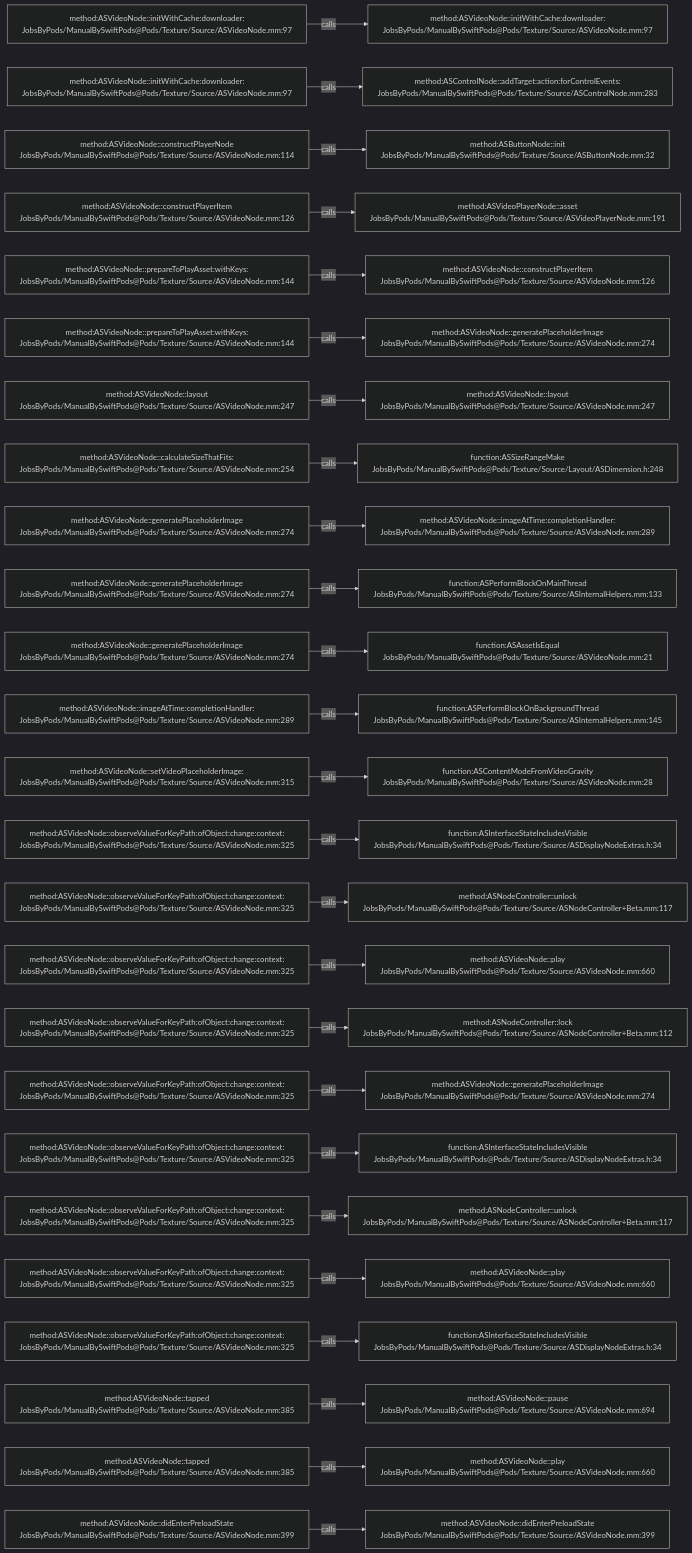
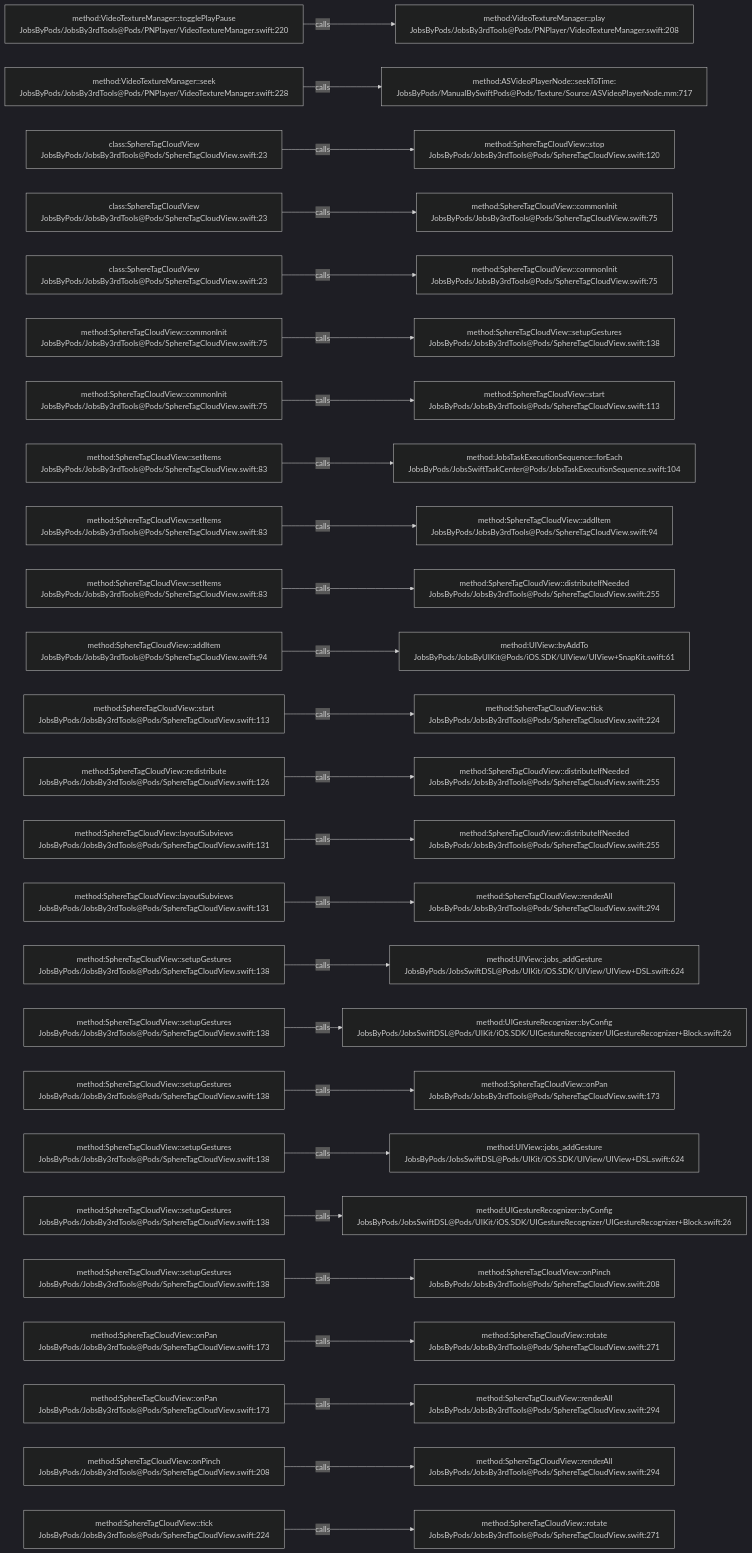
One commit to JobsKits/JobsSwiftBaseConfigDemo changed the diagram in .codegraph/codegraph.md/graphs/calls-074.md. Above: the diagram before and after it, drawn with Mermaid (dark theme). The commit also changed 224 other files, not shown here.

````diff
--- a/.codegraph/codegraph.md/graphs/calls-074.md
+++ b/.codegraph/codegraph.md/graphs/calls-074.md
@@ -13,78 +13,78 @@
 ```mermaid
 flowchart LR
-  S1["method:ASVideoNode::initWithCache:downloader:<br/>JobsByPods/ManualBySwiftPods@Pods/Texture/Source/ASVideoNode.mm:97"]
-  T1["method:ASVideoNode::initWithCache:downloader:<br/>JobsByPods/ManualBySwiftPods@Pods/Texture/Source/ASVideoNode.mm:97"]
+  S1["method:VideoTextureManager::togglePlayPause<br/>JobsByPods/JobsBy3rdTools@Pods/PNPlayer/VideoTextureManager.swift:220"]
+  T1["method:VideoTextureManager::play<br/>JobsByPods/JobsBy3rdTools@Pods/PNPlayer/VideoTextureManager.swift:208"]
   S1 -->|calls| T1
-  S2["method:ASVideoNode::initWithCache:downloader:<br/>JobsByPods/ManualBySwiftPods@Pods/Texture/Source/ASVideoNode.mm:97"]
-  T2["method:ASControlNode::addTarget:action:forControlEvents:<br/>JobsByPods/ManualBySwiftPods@Pods/Texture/Source/ASControlNode.mm:283"]
+  S2["method:VideoTextureManager::seek<br/>JobsByPods/JobsBy3rdTools@Pods/PNPlayer/VideoTextureManager.swift:228"]
+  T2["method:ASVideoPlayerNode::seekToTime:<br/>JobsByPods/ManualBySwiftPods@Pods/Texture/Source/ASVideoPlayerNode.mm:717"]
   S2 -->|calls| T2
-  S3["method:ASVideoNode::constructPlayerNode<br/>JobsByPods/ManualBySwiftPods@Pods/Texture/Source/ASVideoNode.mm:114"]
-  T3["method:ASButtonNode::init<br/>JobsByPods/ManualBySwiftPods@Pods/Texture/Source/ASButtonNode.mm:32"]
+  S3["class:SphereTagCloudView<br/>JobsByPods/JobsBy3rdTools@Pods/SphereTagCloudView.swift:23"]
+  T3["method:SphereTagCloudView::stop<br/>JobsByPods/JobsBy3rdTools@Pods/SphereTagCloudView.swift:120"]
   S3 -->|calls| T3
-  S4["method:ASVideoNode::constructPlayerItem<br/>JobsByPods/ManualBySwiftPods@Pods/Texture/Source/ASVideoNode.mm:126"]
-  T4["method:ASVideoPlayerNode::asset<br/>JobsByPods/ManualBySwiftPods@Pods/Texture/Source/ASVideoPlayerNode.mm:191"]
+  S4["class:SphereTagCloudView<br/>JobsByPods/JobsBy3rdTools@Pods/SphereTagCloudView.swift:23"]
+  T4["method:SphereTagCloudView::commonInit<br/>JobsByPods/JobsBy3rdTools@Pods/SphereTagCloudView.swift:75"]
   S4 -->|calls| T4
-  S5["method:ASVideoNode::prepareToPlayAsset:withKeys:<br/>JobsByPods/ManualBySwiftPods@Pods/Texture/Source/ASVideoNode.mm:144"]
-  T5["method:ASVideoNode::constructPlayerItem<br/>JobsByPods/ManualBySwiftPods@Pods/Texture/Source/ASVideoNode.mm:126"]
+  S5["class:SphereTagCloudView<br/>JobsByPods/JobsBy3rdTools@Pods/SphereTagCloudView.swift:23"]
+  T5["method:SphereTagCloudView::commonInit<br/>JobsByPods/JobsBy3rdTools@Pods/SphereTagCloudView.swift:75"]
   S5 -->|calls| T5
-  S6["method:ASVideoNode::prepareToPlayAsset:withKeys:<br/>JobsByPods/ManualBySwiftPods@Pods/Texture/Source/ASVideoNode.mm:144"]
-  T6["method:ASVideoNode::generatePlaceholderImage<br/>JobsByPods/ManualBySwiftPods@Pods/Texture/Source/ASVideoNode.mm:274"]
+  S6["method:SphereTagCloudView::commonInit<br/>JobsByPods/JobsBy3rdTools@Pods/SphereTagCloudView.swift:75"]
+  T6["method:SphereTagCloudView::setupGestures<br/>JobsByPods/JobsBy3rdTools@Pods/SphereTagCloudView.swift:138"]
   S6 -->|calls| T6
-  S7["method:ASVideoNode::layout<br/>JobsByPods/ManualBySwiftPods@Pods/Texture/Source/ASVideoNode.mm:247"]
-  T7["method:ASVideoNode::layout<br/>JobsByPods/ManualBySwiftPods@Pods/Texture/Source/ASVideoNode.mm:247"]
+  S7["method:SphereTagCloudView::commonInit<br/>JobsByPods/JobsBy3rdTools@Pods/SphereTagCloudView.swift:75"]
+  T7["method:SphereTagCloudView::start<br/>JobsByPods/JobsBy3rdTools@Pods/SphereTagCloudView.swift:113"]
   S7 -->|calls| T7
-  S8["method:ASVideoNode::calculateSizeThatFits:<br/>JobsByPods/ManualBySwiftPods@Pods/Texture/Source/ASVideoNode.mm:254"]
-  T8["function:ASSizeRangeMake<br/>JobsByPods/ManualBySwiftPods@Pods/Texture/Source/Layout/ASDimension.h:248"]
+  S8["method:SphereTagCloudView::setItems<br/>JobsByPods/JobsBy3rdTools@Pods/SphereTagCloudView.swift:83"]
+  T8["method:JobsTaskExecutionSequence::forEach<br/>JobsByPods/JobsSwiftTaskCenter@Pods/JobsTaskExecutionSequence.swift:104"]
   S8 -->|calls| T8
-  S9["method:ASVideoNode::generatePlaceholderImage<br/>JobsByPods/ManualBySwiftPods@Pods/Texture/Source/ASVideoNode.mm:274"]
-  T9["method:ASVideoNode::imageAtTime:completionHandler:<br/>JobsByPods/ManualBySwiftPods@Pods/Texture/Source/ASVideoNode.mm:289"]
+  S9["method:SphereTagCloudView::setItems<br/>JobsByPods/JobsBy3rdTools@Pods/SphereTagCloudView.swift:83"]
+  T9["method:SphereTagCloudView::addItem<br/>JobsByPods/JobsBy3rdTools@Pods/SphereTagCloudView.swift:94"]
   S9 -->|calls| T9
-  S10["method:ASVideoNode::generatePlaceholderImage<br/>JobsByPods/ManualBySwiftPods@Pods/Texture/Source/ASVideoNode.mm:274"]
-  T10["function:ASPerformBlockOnMainThread<br/>JobsByPods/ManualBySwiftPods@Pods/Texture/Source/ASInternalHelpers.mm:133"]
+  S10["method:SphereTagCloudView::setItems<br/>JobsByPods/JobsBy3rdTools@Pods/SphereTagCloudView.swift:83"]
+  T10["method:SphereTagCloudView::distributeIfNeeded<br/>JobsByPods/JobsBy3rdTools@Pods/SphereTagCloudView.swift:255"]
   S10 -->|calls| T10
-  S11["method:ASVideoNode::generatePlaceholderImage<br/>JobsByPods/ManualBySwiftPods@Pods/Texture/Source/ASVideoNode.mm:274"]
-  T11["function:ASAssetIsEqual<br/>JobsByPods/ManualBySwiftPods@Pods/Texture/Source/ASVideoNode.mm:21"]
+  S11["method:SphereTagCloudView::addItem<br/>JobsByPods/JobsBy3rdTools@Pods/SphereTagCloudView.swift:94"]
+  T11["method:UIView::byAddTo<br/>JobsByPods/JobsByUIKit@Pods/iOS.SDK/UIView/UIView+SnapKit.swift:61"]
   S11 -->|calls| T11
-  S12["method:ASVideoNode::imageAtTime:completionHandler:<br/>JobsByPods/ManualBySwiftPods@Pods/Texture/Source/ASVideoNode.mm:289"]
-  T12["function:ASPerformBlockOnBackgroundThread<br/>JobsByPods/ManualBySwiftPods@Pods/Texture/Source/ASInternalHelpers.mm:145"]
+  S12["method:SphereTagCloudView::start<br/>JobsByPods/JobsBy3rdTools@Pods/SphereTagCloudView.swift:113"]
+  T12["method:SphereTagCloudView::tick<br/>JobsByPods/JobsBy3rdTools@Pods/SphereTagCloudView.swift:224"]
   S12 -->|calls| T12
-  S13["method:ASVideoNode::setVideoPlaceholderImage:<br/>JobsByPods/ManualBySwiftPods@Pods/Texture/Source/ASVideoNode.mm:315"]
-  T13["function:ASContentModeFromVideoGravity<br/>JobsByPods/ManualBySwiftPods@Pods/Texture/Source/ASVideoNode.mm:28"]
+  S13["method:SphereTagCloudView::redistribute<br/>JobsByPods/JobsBy3rdTools@Pods/SphereTagCloudView.swift:126"]
+  T13["method:SphereTagCloudView::distributeIfNeeded<br/>JobsByPods/JobsBy3rdTools@Pods/SphereTagCloudView.swift:255"]
   S13 -->|calls| T13
-  S14["method:ASVideoNode::observeValueForKeyPath:ofObject:change:context:<br/>JobsByPods/ManualBySwiftPods@Pods/Texture/Source/ASVideoNode.mm:325"]
-  T14["function:ASInterfaceStateIncludesVisible<br/>JobsByPods/ManualBySwiftPods@Pods/Texture/Source/ASDisplayNodeExtras.h:34"]
+  S14["method:SphereTagCloudView::layoutSubviews<br/>JobsByPods/JobsBy3rdTools@Pods/SphereTagCloudView.swift:131"]
+  T14["method:SphereTagCloudView::distributeIfNeeded<br/>JobsByPods/JobsBy3rdTools@Pods/SphereTagCloudView.swift:255"]
   S14 -->|calls| T14
-  S15["method:ASVideoNode::observeValueForKeyPath:ofObject:change:context:<br/>JobsByPods/ManualBySwiftPods@Pods/Texture/Source/ASVideoNode.mm:325"]
-  T15["method:ASNodeController::unlock<br/>JobsByPods/ManualBySwiftPods@Pods/Texture/Source/ASNodeController+Beta.mm:117"]
+  S15["method:SphereTagCloudView::layoutSubviews<br/>JobsByPods/JobsBy3rdTools@Pods/SphereTagCloudView.swift:131"]
+  T15["method:SphereTagCloudView::renderAll<br/>JobsByPods/JobsBy3rdTools@Pods/SphereTagCloudView.swift:294"]
   S15 -->|calls| T15
-  S16["method:ASVideoNode::observeValueForKeyPath:ofObject:change:context:<br/>JobsByPods/ManualBySwiftPods@Pods/Texture/Source/ASVideoNode.mm:325"]
-  T16["method:ASVideoNode::play<br/>JobsByPods/ManualBySwiftPods@Pods/Texture/Source/ASVideoNode.mm:660"]
+  S16["method:SphereTagCloudView::setupGestures<br/>JobsByPods/JobsBy3rdTools@Pods/SphereTagCloudView.swift:138"]
+  T16["method:UIView::jobs_addGesture<br/>JobsByPods/JobsSwiftDSL@Pods/UIKit/iOS.SDK/UIView/UIView+DSL.swift:624"]
   S16 -->|calls| T16
-  S17["method:ASVideoNode::observeValueForKeyPath:ofObject:change:context:<br/>JobsByPods/ManualBySwiftPods@Pods/Texture/Source/ASVideoNode.mm:325"]
-  T17["method:ASNodeController::lock<br/>JobsByPods/ManualBySwiftPods@Pods/Texture/Source/ASNodeController+Beta.mm:112"]
+  S17["method:SphereTagCloudView::setupGestures<br/>JobsByPods/JobsBy3rdTools@Pods/SphereTagCloudView.swift:138"]
+  T17["method:UIGestureRecognizer::byConfig<br/>JobsByPods/JobsSwiftDSL@Pods/UIKit/iOS.SDK/UIGestureRecognizer/UIGestureRecognizer+Block.swift:26"]
   S17 -->|calls| T17
-  S18["method:ASVideoNode::observeValueForKeyPath:ofObject:change:context:<br/>JobsByPods/ManualBySwiftPods@Pods/Texture/Source/ASVideoNode.mm:325"]
-  T18["method:ASVideoNode::generatePlaceholderImage<br/>JobsByPods/ManualBySwiftPods@Pods/Texture/Source/ASVideoNode.mm:274"]
+  S18["method:SphereTagCloudView::setupGestures<br/>JobsByPods/JobsBy3rdTools@Pods/SphereTagCloudView.swift:138"]
+  T18["method:SphereTagCloudView::onPan<br/>JobsByPods/JobsBy3rdTools@Pods/SphereTagCloudView.swift:173"]
   S18 -->|calls| T18
-  S19["method:ASVideoNode::observeValueForKeyPath:ofObject:change:context:<br/>JobsByPods/ManualBySwiftPods@Pods/Texture/Source/ASVideoNode.mm:325"]
-  T19["function:ASInterfaceStateIncludesVisible<br/>JobsByPods/ManualBySwiftPods@Pods/Texture/Source/ASDisplayNodeExtras.h:34"]
+  S19["method:SphereTagCloudView::setupGestures<br/>JobsByPods/JobsBy3rdTools@Pods/SphereTagCloudView.swift:138"]
+  T19["method:UIView::jobs_addGesture<br/>JobsByPods/JobsSwiftDSL@Pods/UIKit/iOS.SDK/UIView/UIView+DSL.swift:624"]
   S19 -->|calls| T19
-  S20["method:ASVideoNode::observeValueForKeyPath:ofObject:change:context:<br/>JobsByPods/ManualBySwiftPods@Pods/Texture/Source/ASVideoNode.mm:325"]
-  T20["method:ASNodeController::unlock<br/>JobsByPods/ManualBySwiftPods@Pods/Texture/Source/ASNodeController+Beta.mm:117"]
+  S20["method:SphereTagCloudView::setupGestures<br/>JobsByPods/JobsBy3rdTools@Pods/SphereTagCloudView.swift:138"]
+  T20["method:UIGestureRecognizer::byConfig<br/>JobsByPods/JobsSwiftDSL@Pods/UIKit/iOS.SDK/UIGestureRecognizer/UIGestureRecognizer+Block.swift:26"]
   S20 -->|calls| T20
-  S21["method:ASVideoNode::observeValueForKeyPath:ofObject:change:context:<br/>JobsByPods/ManualBySwiftPods@Pods/Texture/Source/ASVideoNode.mm:325"]
-  T21["method:ASVideoNode::play<br/>JobsByPods/ManualBySwiftPods@Pods/Texture/Source/ASVideoNode.mm:660"]
+  S21["method:SphereTagCloudView::setupGestures<br/>JobsByPods/JobsBy3rdTools@Pods/SphereTagCloudView.swift:138"]
+  T21["method:SphereTagCloudView::onPinch<br/>JobsByPods/JobsBy3rdTools@Pods/SphereTagCloudView.swift:208"]
   S21 -->|calls| T21
-  S22["method:ASVideoNode::observeValueForKeyPath:ofObject:change:context:<br/>JobsByPods/ManualBySwiftPods@Pods/Texture/Source/ASVideoNode.mm:325"]
-  T22["function:ASInterfaceStateIncludesVisible<br/>JobsByPods/ManualBySwiftPods@Pods/Texture/Source/ASDisplayNodeExtras.h:34"]
+  S22["method:SphereTagCloudView::onPan<br/>JobsByPods/JobsBy3rdTools@Pods/SphereTagCloudView.swift:173"]
+  T22["method:SphereTagCloudView::rotate<br/>JobsByPods/JobsBy3rdTools@Pods/SphereTagCloudView.swift:271"]
   S22 -->|calls| T22
-  S23["method:ASVideoNode::tapped<br/>JobsByPods/ManualBySwiftPods@Pods/Texture/Source/ASVideoNode.mm:385"]
-  T23["method:ASVideoNode::pause<br/>JobsByPods/ManualBySwiftPods@Pods/Texture/Source/ASVideoNode.mm:694"]
+  S23["method:SphereTagCloudView::onPan<br/>JobsByPods/JobsBy3rdTools@Pods/SphereTagCloudView.swift:173"]
+  T23["method:SphereTagCloudView::renderAll<br/>JobsByPods/JobsBy3rdTools@Pods/SphereTagCloudView.swift:294"]
   S23 -->|calls| T23
-  S24["method:ASVideoNode::tapped<br/>JobsByPods/ManualBySwiftPods@Pods/Texture/Source/ASVideoNode.mm:385"]
-  T24["method:ASVideoNode::play<br/>JobsByPods/ManualBySwiftPods@Pods/Texture/Source/ASVideoNode.mm:660"]
+  S24["method:SphereTagCloudView::onPinch<br/>JobsByPods/JobsBy3rdTools@Pods/SphereTagCloudView.swift:208"]
+  T24["method:SphereTagCloudView::renderAll<br/>JobsByPods/JobsBy3rdTools@Pods/SphereTagCloudView.swift:294"]
   S24 -->|calls| T24
-  S25["method:ASVideoNode::didEnterPreloadState<br/>JobsByPods/ManualBySwiftPods@Pods/Texture/Source/ASVideoNode.mm:399"]
-  T25["method:ASVideoNode::didEnterPreloadState<br/>JobsByPods/ManualBySwiftPods@Pods/Texture/Source/ASVideoNode.mm:399"]
+  S25["method:SphereTagCloudView::tick<br/>JobsByPods/JobsBy3rdTools@Pods/SphereTagCloudView.swift:224"]
+  T25["method:SphereTagCloudView::rotate<br/>JobsByPods/JobsBy3rdTools@Pods/SphereTagCloudView.swift:271"]
   S25 -->|calls| T25
 ```
````
